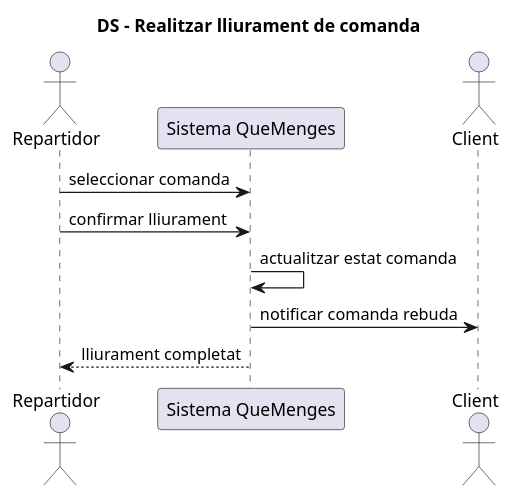
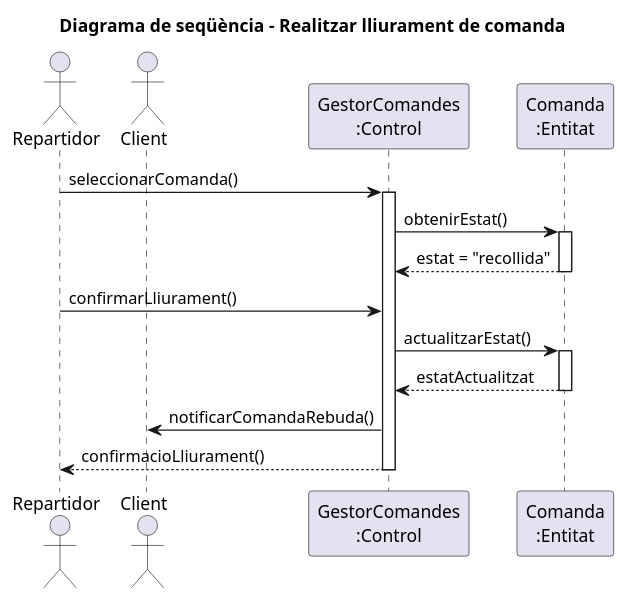
One commit to enricalv03/ES23UAB-411-08 changed the diagram in diagrames/sequencia/casos/repartidor/realitzar-lliurament.puml. Above: the diagram before and after it, drawn with PlantUML.

```diff
--- a/diagrames/sequencia/casos/repartidor/realitzar-lliurament.puml
+++ b/diagrames/sequencia/casos/repartidor/realitzar-lliurament.puml
@@ -1,14 +1,28 @@
-@startuml DiagramUnamed-realitzar-lliurament
-title DS - Realitzar lliurament de comanda
+@startuml
+title Diagrama de seqüència - Realitzar lliurament de comanda
 
-actor Repartidor as R
-participant "Sistema QueMenges" as S
-actor Client as Cl
+actor Repartidor
+actor Client
 
-R -> S: seleccionar comanda
-R -> S: confirmar lliurament
-S -> S: actualitzar estat comanda
-S -> Cl: notificar comanda rebuda
-S --> R: lliurament completat
+participant "GestorComandes\n:Control" as Gestor
+participant "Comanda\n:Entitat" as ComandaDB
 
+Repartidor -> Gestor: seleccionarComanda()
+activate Gestor
+
+Gestor -> ComandaDB: obtenirEstat()
+activate ComandaDB
+ComandaDB --> Gestor: estat = "recollida"
+deactivate ComandaDB
+
+Repartidor -> Gestor: confirmarLliurament()
+Gestor -> ComandaDB: actualitzarEstat()
+activate ComandaDB
+ComandaDB --> Gestor: estatActualitzat
+deactivate ComandaDB
+
+Gestor -> Client: notificarComandaRebuda()
+Gestor --> Repartidor: confirmacioLliurament()
+
+deactivate Gestor
 @enduml
```
